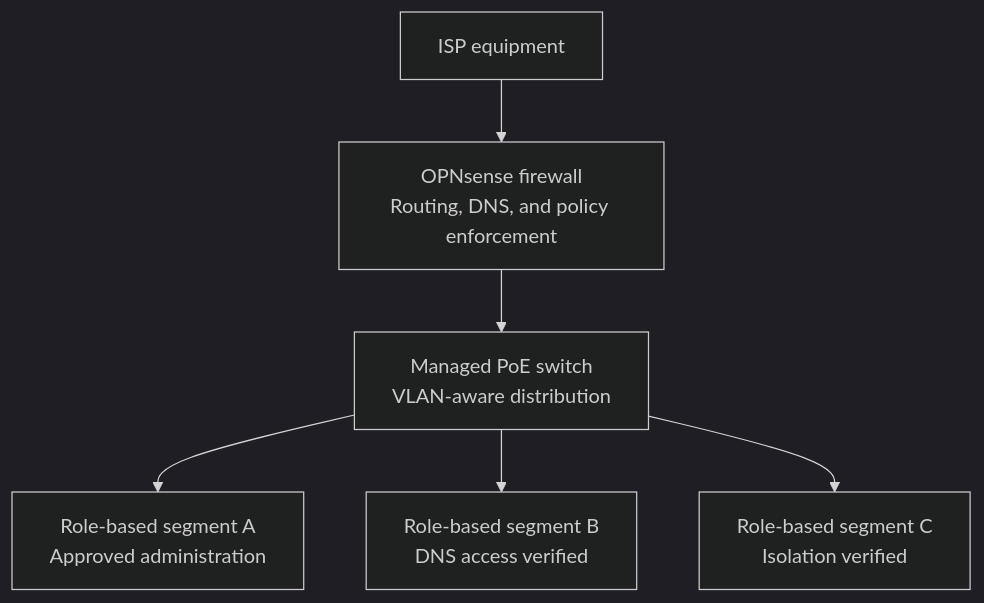
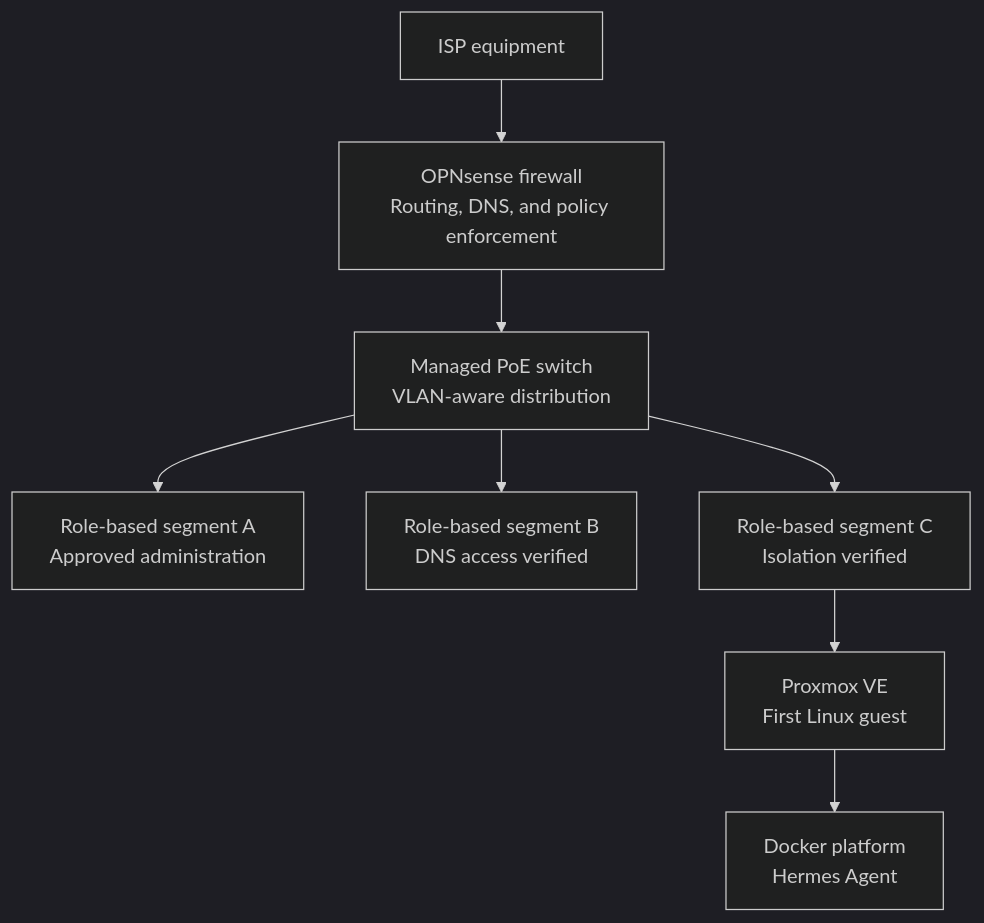
Before and after one commit to DeadPol8789/homelab: the first of 3 diagrams in docs/architecture.md, drawn with Mermaid (dark theme). The commit also changed other lines of this file and 9 other files, not shown here.

First line of the commit message:
Document first operational Hermes workload (#6)

````diff
--- a/docs/architecture.md
+++ b/docs/architecture.md
@@ -19,8 +19,10 @@
 ```mermaid
 flowchart TD
     ISP["ISP equipment"] --> FW["OPNsense firewall<br/>Routing, DNS, and policy enforcement"]
     FW --> SW["Managed PoE switch<br/>VLAN-aware distribution"]
     SW --> SEG_A["Role-based segment A<br/>Approved administration"]
     SW --> SEG_B["Role-based segment B<br/>DNS access verified"]
     SW --> SEG_C["Role-based segment C<br/>Isolation verified"]
+    SEG_C --> PVE["Proxmox VE<br/>First Linux guest"]
+    PVE --> HERMES["Docker platform<br/>Hermes Agent"]
 ```
````
